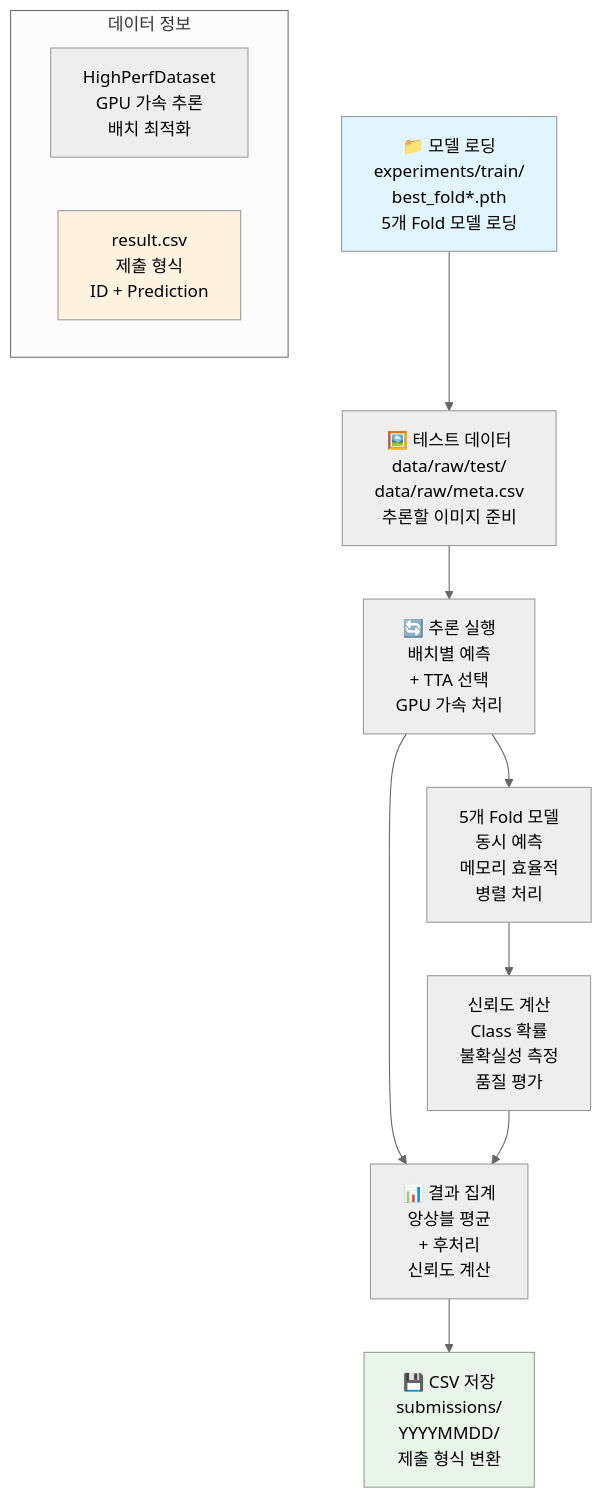
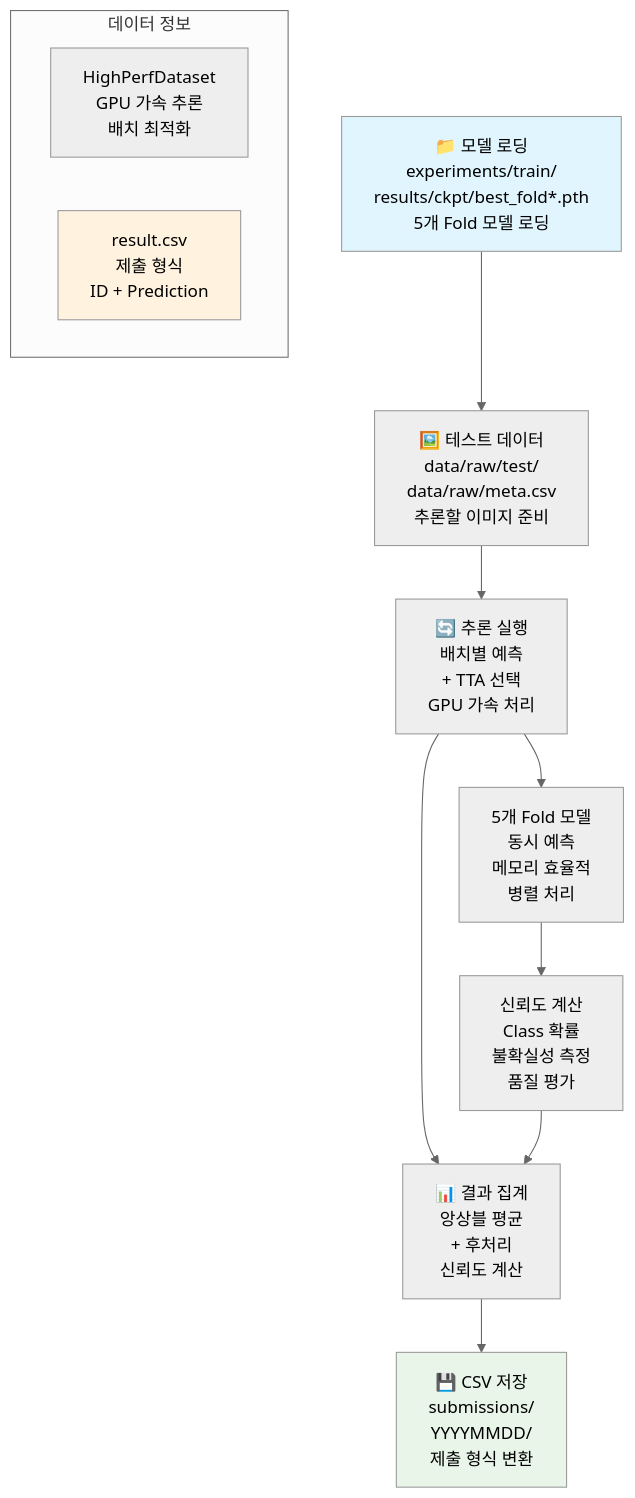
The second of 3 diagrams in docs/추론_파이프라인_가이드.md (nimnusmik/CV_documents_classification_competition), drawn with Mermaid (neutral theme) before and after one commit. The commit also changed other lines of this file and 2 other files, not shown here.

First line of the commit message:
feat: experiments 디렉토리 구조 변경사항 문서 반영

````diff
--- a/docs/추론_파이프라인_가이드.md
+++ b/docs/추론_파이프라인_가이드.md
@@ -27,20 +27,20 @@
 ```mermaid
 flowchart TD
-    A[📁 모델 로딩<br/>experiments/train/<br/>best_fold*.pth<br/>5개 Fold 모델 로딩] --> B[🖼️ 테스트 데이터<br/>data/raw/test/<br/>data/raw/meta.csv<br/>추론할 이미지 준비]
+    A[📁 모델 로딩<br/>experiments/train/<br/>results/ckpt/best_fold*.pth<br/>5개 Fold 모델 로딩] --> B[🖼️ 테스트 데이터<br/>data/raw/test/<br/>data/raw/meta.csv<br/>추론할 이미지 준비]
     B --> C[🔄 추론 실행<br/>배치별 예측<br/>+ TTA 선택<br/>GPU 가속 처리]
     C --> D[📊 결과 집계<br/>앙상블 평균<br/>+ 후처리<br/>신뢰도 계산]
     D --> E[💾 CSV 저장<br/>submissions/<br/>YYYYMMDD/<br/>제출 형식 변환]
     
     C --> F[5개 Fold 모델<br/>동시 예측<br/>메모리 효율적<br/>병렬 처리]
     F --> G[신뢰도 계산<br/>Class 확률<br/>불확실성 측정<br/>품질 평가]
     G --> D
     
     subgraph "데이터 정보"
         H[HighPerfDataset<br/>GPU 가속 추론<br/>배치 최적화]
         I[result.csv<br/>제출 형식<br/>ID + Prediction]
     end
     
     style A fill:#e1f5fe
     style E fill:#e8f5e8
     style I fill:#fff3e0
 ```
````
